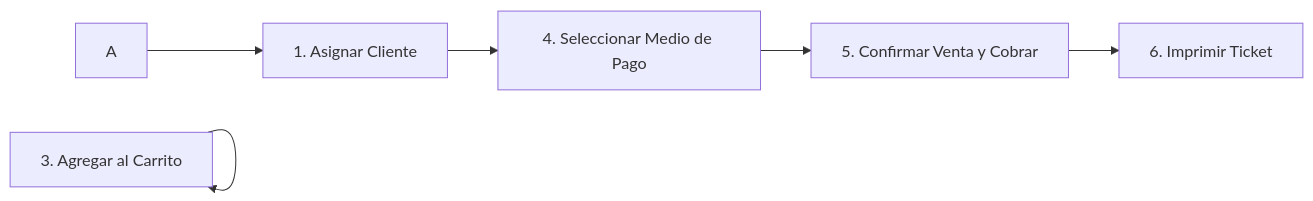
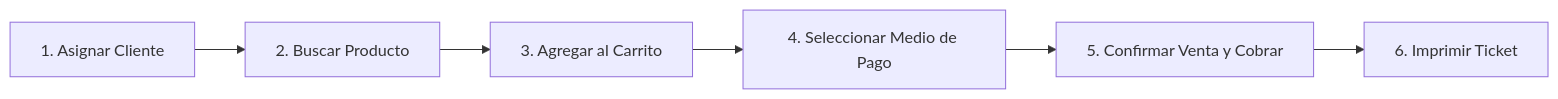
One commit to luanaromero588/Matiensos_db changed the diagram in docs/MANUAL_DE_USUARIOS.md. Above: the diagram before and after it, drawn with Mermaid. The commit also changed other lines of this file, not shown here.

Commit message:
(style): cambio del flujo de venta en mermaid del manual de usuarios.

````diff
--- a/docs/MANUAL_DE_USUARIOS.md
+++ b/docs/MANUAL_DE_USUARIOS.md
@@ -112,8 +112,8 @@
 ```mermaid
 flowchart LR
-    A --> C["1. Asignar Cliente"]
-    B["2. Buscar Producto"] --> B["3. Agregar al Carrito"]
+    A["1. Asignar Cliente"] --> B["2. Buscar Producto"]
+    B --> C["3. Agregar al Carrito"]
     C --> D["4. Seleccionar Medio de Pago"]
     D --> E["5. Confirmar Venta y Cobrar"]
     E --> F["6. Imprimir Ticket"]
 ```
````
